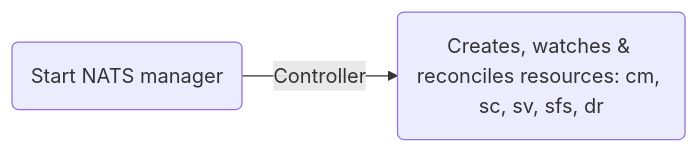
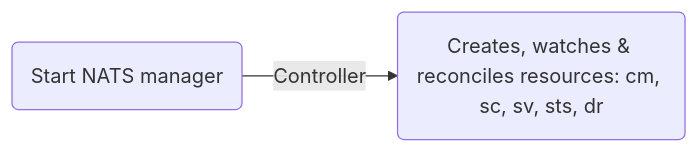
Before and after one commit to kyma-project/nats-manager: the first of 5 diagrams in docs/user/01-manager.md, drawn with Mermaid. The commit also changed other lines of this file and 2 other files, not shown here.

````diff
--- a/docs/user/01-manager.md
+++ b/docs/user/01-manager.md
@@ -18,4 +18,4 @@
    ```mermaid
     graph LR
-     A(Start NATS manager) -->|Controller| D(Creates, watches & reconciles resources: cm, sc, sv, sfs, dr)
+     A(Start NATS manager) -->|Controller| D(Creates, watches & reconciles resources: cm, sc, sv, sts, dr)
    ```
````
